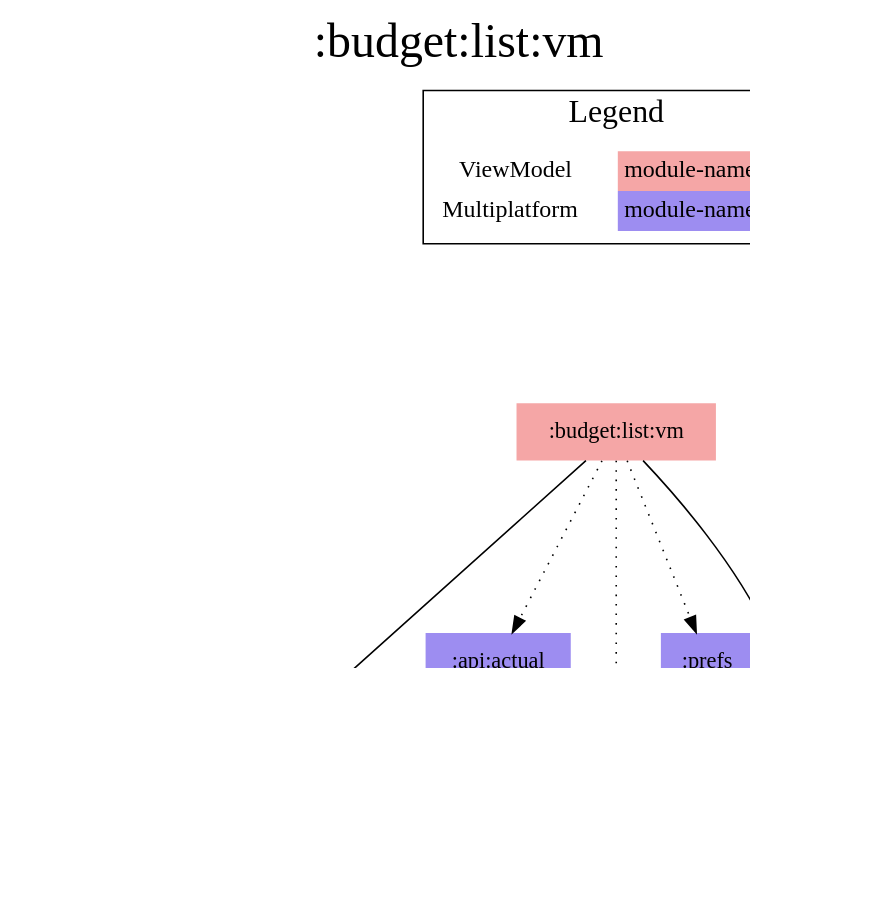
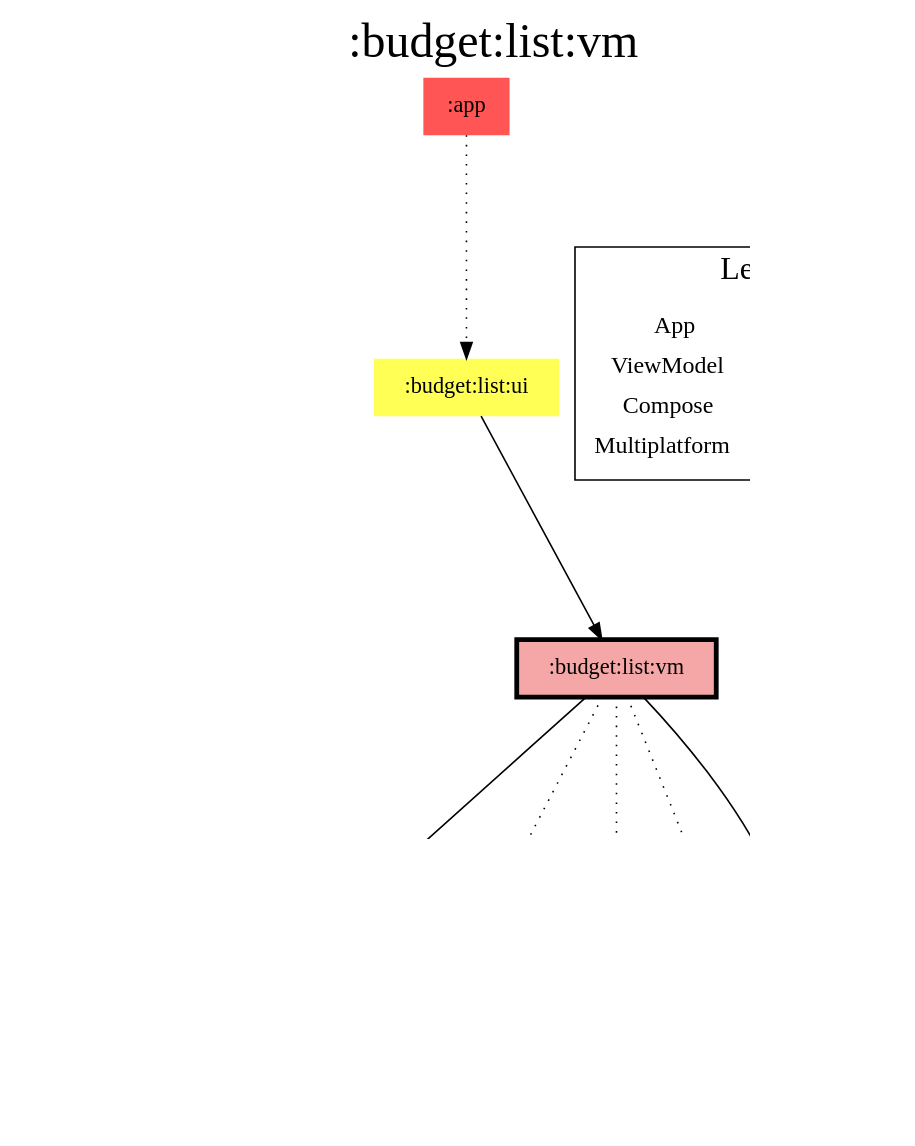
Before and after one commit to jonapoul/aktual: the diagram in modules/budget/list/vm/modules.dot, drawn with Graphviz. The commit also changed 134 other files, not shown here.

Commit message:
Use gradle caching for module diagrams

```diff
--- a/modules/budget/list/vm/modules.dot
+++ b/modules/budget/list/vm/modules.dot
@@ -1,37 +1,44 @@
 digraph {
 edge ["dir"="forward"]
 graph ["dpi"="100","label"=":budget:list:vm","labelloc"="t","fontsize"="30","ranksep"="1.5","rankdir"="TB"]
 node ["style"="filled"]
 ":account:model" ["fillcolor"="#9D8DF1","shape"="none"]
 ":api:actual" ["fillcolor"="#9D8DF1","shape"="none"]
-":budget:list:vm" ["fillcolor"="#F5A6A6","shape"="none"]
+":app" ["fillcolor"="#FF5555","shape"="none"]
+":budget:list:ui" ["fillcolor"="#FFFF55","shape"="none"]
+":budget:list:vm" ["fillcolor"="#F5A6A6","color"="black","penwidth"="3","shape"="box"]
 ":budget:model" ["fillcolor"="#9D8DF1","shape"="none"]
 ":codegen:annotation" ["fillcolor"="#9D8DF1","shape"="none"]
 ":core:model" ["fillcolor"="#9D8DF1","shape"="none"]
 ":prefs" ["fillcolor"="#9D8DF1","shape"="none"]
 {
 edge ["dir"="none"]
 graph ["rank"="same"]
+":budget:list:vm"
 }
 ":api:actual" -> ":account:model"
 ":api:actual" -> ":budget:model"
 ":api:actual" -> ":codegen:annotation" ["style"="dotted"]
 ":api:actual" -> ":core:model"
+":app" -> ":budget:list:ui" ["style"="dotted"]
+":budget:list:ui" -> ":budget:list:vm"
 ":budget:list:vm" -> ":account:model" ["style"="dotted"]
 ":budget:list:vm" -> ":api:actual" ["style"="dotted"]
 ":budget:list:vm" -> ":budget:model"
 ":budget:list:vm" -> ":core:model"
 ":budget:list:vm" -> ":prefs" ["style"="dotted"]
 ":prefs" -> ":account:model"
 ":prefs" -> ":core:model"
 subgraph "cluster_legend" {
 edge ["dir"="none"]
 graph ["label"="Legend","fontsize"="20"]
 "Legend" ["style"="filled","fillcolor"="#FFFFFF","shape"="none","margin"="0","fontsize"="15","label"=<
 <TABLE BORDER="0" CELLBORDER="0" CELLSPACING="0" CELLPADDING="4">
+<TR><TD>App</TD><TD BGCOLOR="#FF5555">module-name</TD></TR>
 <TR><TD>ViewModel</TD><TD BGCOLOR="#F5A6A6">module-name</TD></TR>
+<TR><TD>Compose</TD><TD BGCOLOR="#FFFF55">module-name</TD></TR>
 <TR><TD>Multiplatform</TD><TD BGCOLOR="#9D8DF1">module-name</TD></TR>
 </TABLE>
 >]
 } -> ":budget:list:vm" ["style"="invis"]
 }
```
